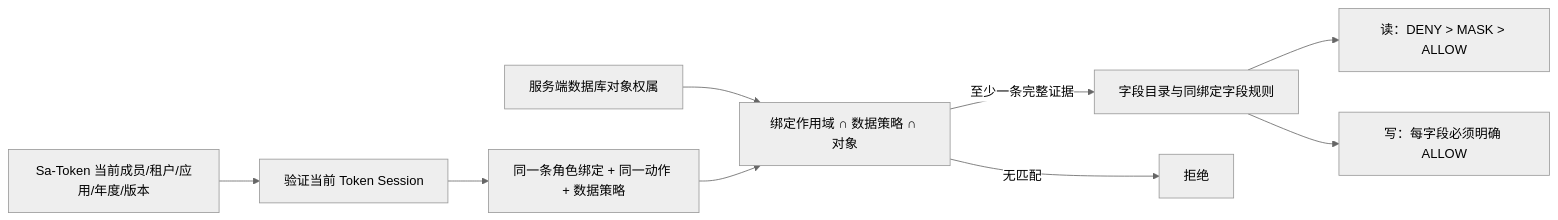
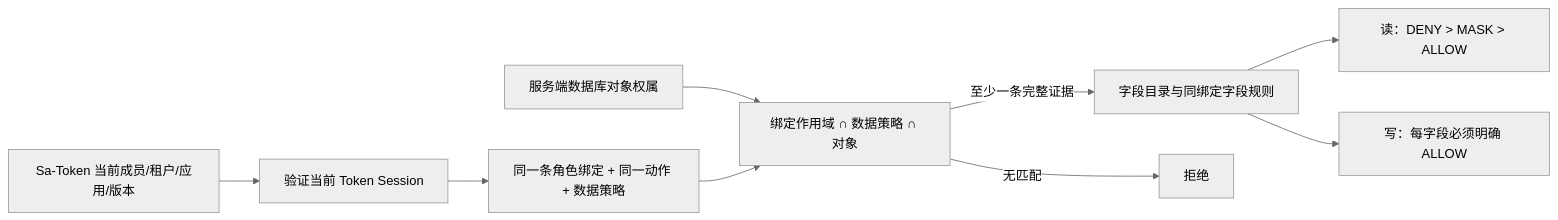
One commit to Ryan-Guizhou/peach-cloud changed the fourth of 5 diagrams in peach-auth/README.md. Above: the diagram before and after it, drawn with Mermaid (neutral theme). The commit also changed other lines of this file and 5 other files, not shown here.

````diff
--- a/peach-auth/README.md
+++ b/peach-auth/README.md
@@ -251,11 +250,11 @@
 ```mermaid
 flowchart LR
-  Token["Sa-Token 当前成员/租户/应用/年度/版本"] --> Valid["验证当前 Token Session"]
+  Token["Sa-Token 当前成员/租户/应用/版本"] --> Valid["验证当前 Token Session"]
   Valid --> Grants["同一条角色绑定 + 同一动作 + 数据策略"]
   Object["服务端数据库对象权属"] --> Intersection["绑定作用域 ∩ 数据策略 ∩ 对象"]
   Grants --> Intersection
   Intersection -->|至少一条完整证据| Fields["字段目录与同绑定字段规则"]
   Fields --> Read["读：DENY > MASK > ALLOW"]
   Fields --> Write["写：每字段必须明确 ALLOW"]
   Intersection -->|无匹配| Deny["拒绝"]
 ```
````
